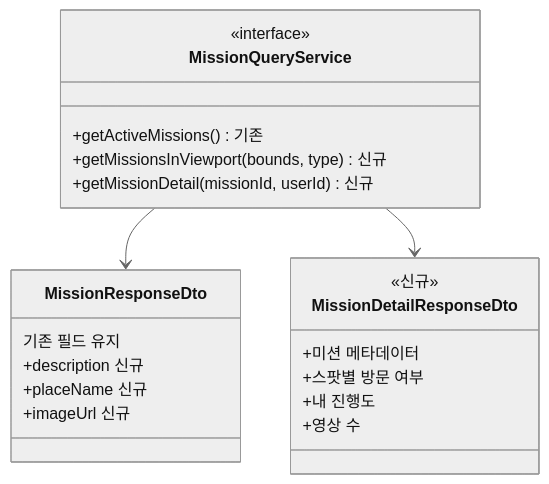
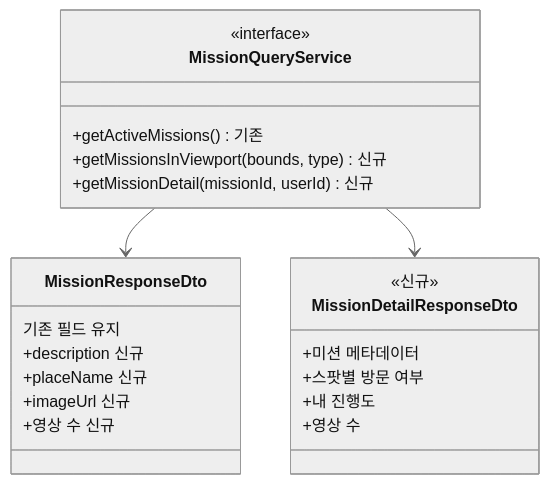
One commit to ASM-MSG/BE changed the second of 2 diagrams in docs/prd/mission-map-explore.md. Above: the diagram before and after it, drawn with Mermaid (neutral theme). The commit also changed other lines of this file and 3 other files, not shown here.

````diff
--- a/docs/prd/mission-map-explore.md
+++ b/docs/prd/mission-map-explore.md
@@ -143,24 +148,25 @@
 ```mermaid
 classDiagram
     class MissionQueryService {
         <<interface>>
         +getActiveMissions() 기존
         +getMissionsInViewport(bounds, type) 신규
         +getMissionDetail(missionId, userId) 신규
     }
     class MissionResponseDto {
         기존 필드 유지
         +description 신규
         +placeName 신규
         +imageUrl 신규
+        +영상 수 신규
     }
     class MissionDetailResponseDto {
         <<신규>>
         +미션 메타데이터
         +스팟별 방문 여부
         +내 진행도
         +영상 수
     }
     MissionQueryService --> MissionResponseDto
     MissionQueryService --> MissionDetailResponseDto
 ```
````
